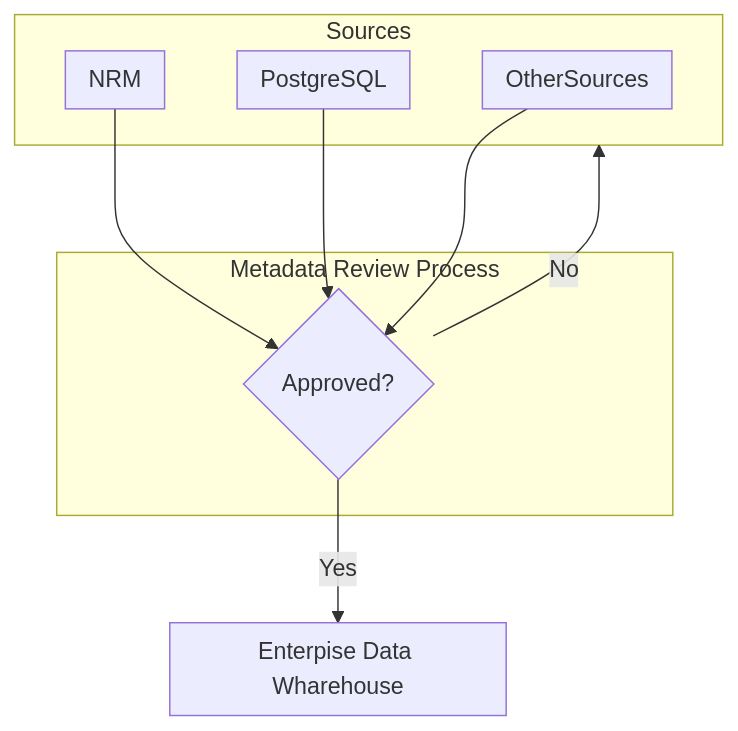
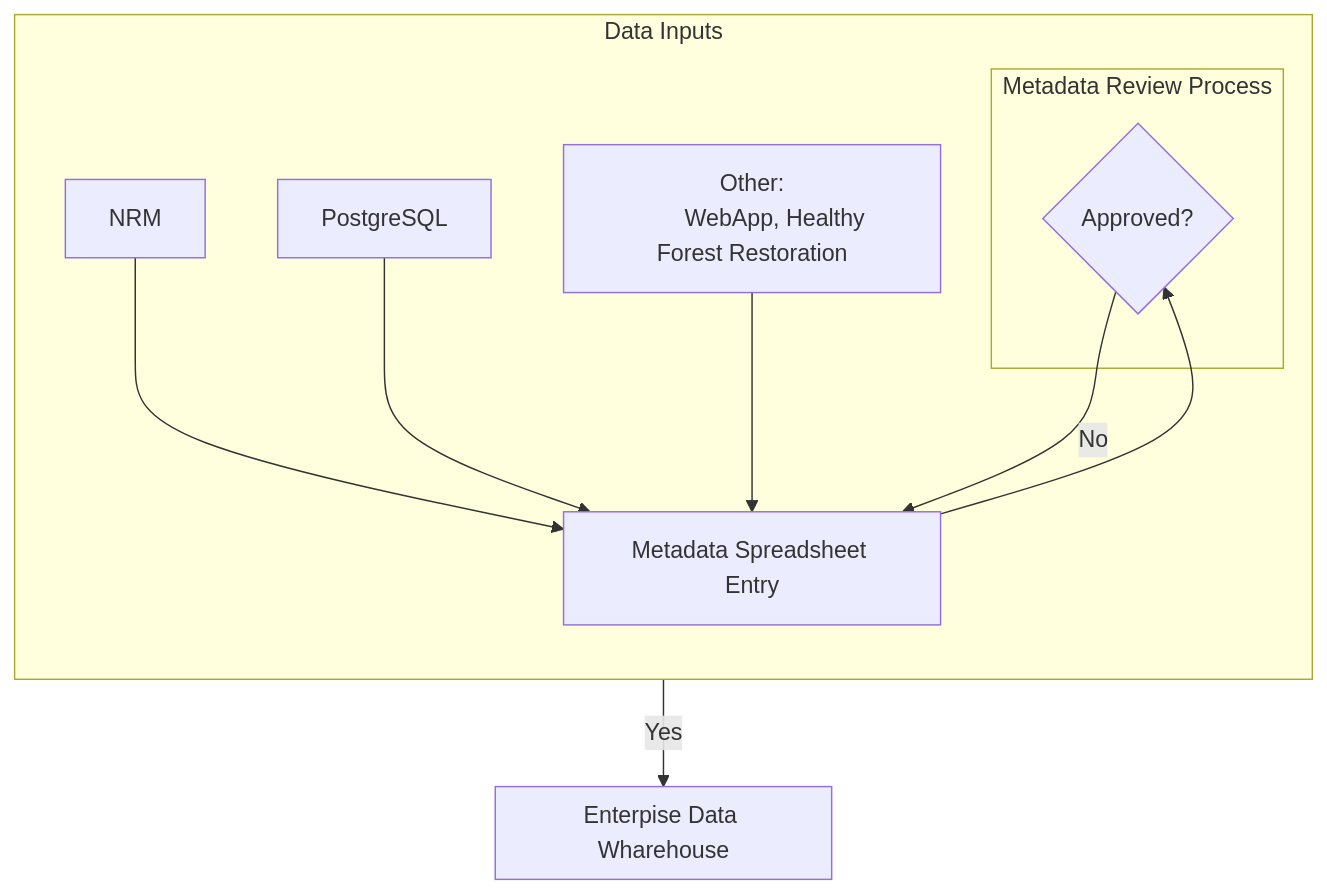
Before and after one commit to forestbytes/catalog: the diagram in docs/metadata-architecture.md, drawn with Mermaid.

Commit message:
Cleaner diagram

````diff
--- a/docs/metadata-architecture.md
+++ b/docs/metadata-architecture.md
@@ -1,30 +1,25 @@
 ```mermaid
 
 flowchart
-  direction TB
+subgraph DataInputs[Data Inputs]
+      direction TB
+      NRM --> MetadataSpreadsheetEntry[Metadata Spreadsheet Entry]
+      PostgreSQL --> MetadataSpreadsheetEntry
+      Other[
+        Other:
+        WebApp, Healthy Forest Restoration
+      ] --> MetadataSpreadsheetEntry
+      MetadataSpreadsheetEntry
 
-  subgraph Sources
-    subgraph NRM
-    end
-    
-    subgraph PostgreSQL
-    end
-
-    subgraph OtherSources
-    end
+      subgraph Review[Metadata Review Process]
+        ReviewDecision{Approved?}
+      end
   end
 
-NRM --> ReviewDecision
-PostgreSQL --> ReviewDecision
-OtherSources --> ReviewDecision
-
-subgraph Review[Metadata Review Process]
-  ReviewDecision{Approved?}
-end
-
-subgraph EDW[Enterpise Data Wharehouse]
-end
+  subgraph EDW[Enterpise Data Wharehouse]
+  end
   
-ReviewDecision --> |Yes| EDW
-ReviewDecision --> |No| Sources
+  ReviewDecision --> |Yes| EDW
+  ReviewDecision --> |No| MetadataSpreadsheetEntry
+  MetadataSpreadsheetEntry --> ReviewDecision
 ```
````
